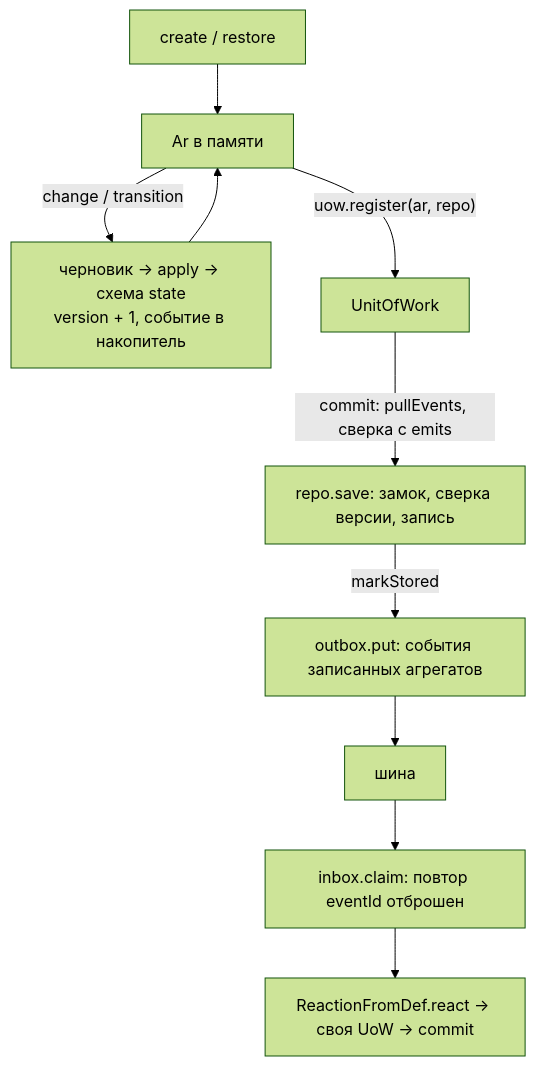
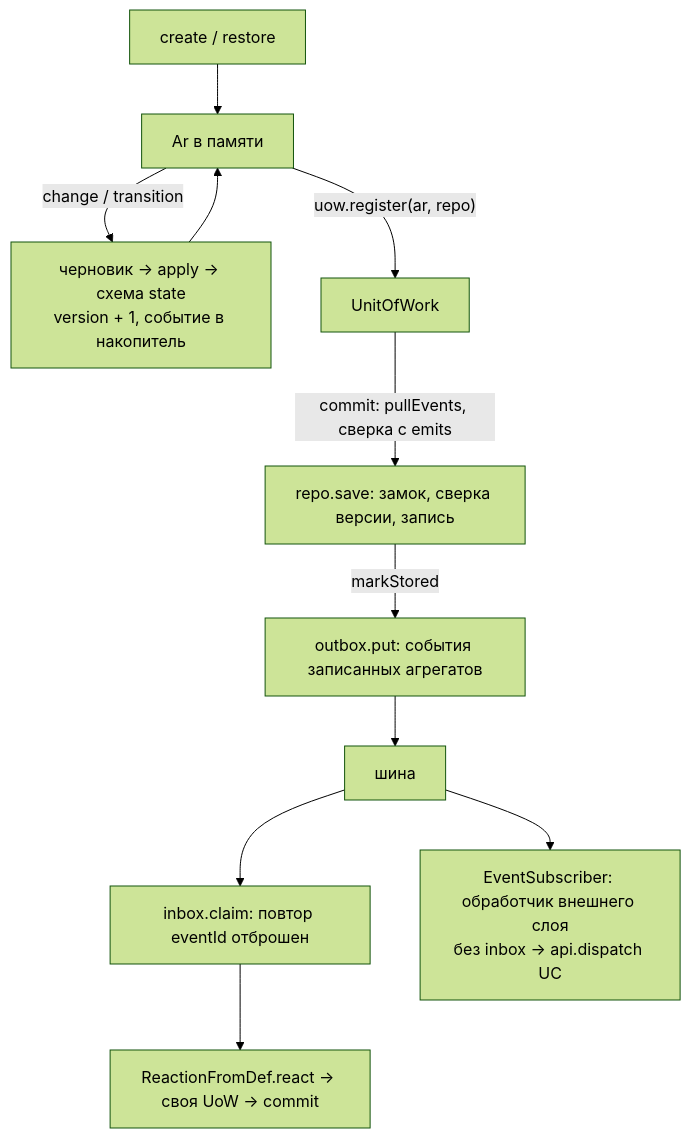
The diagram in docs/concepts/aggregate-lifecycle.md (recode-ak/dmg-core), drawn with Mermaid (forest theme) before and after one commit. The commit also changed other lines of this file and 27 other files, not shown here.

````diff
--- a/docs/concepts/aggregate-lifecycle.md
+++ b/docs/concepts/aggregate-lifecycle.md
@@ -17,12 +17,13 @@
 ```mermaid
 flowchart TD
   C["create / restore"] --> Ar["Ar в памяти"]
   Ar -->|"change / transition"| D["черновик → apply → схема state<br/>version + 1, событие в накопитель"]
   D --> Ar
   Ar -->|"uow.register(ar, repo)"| W["UnitOfWork"]
   W -->|"commit: pullEvents, сверка с emits"| S["repo.save: замок, сверка версии, запись"]
   S -->|"markStored"| O["outbox.put: события записанных агрегатов"]
   O --> B["шина"]
   B --> I["inbox.claim: повтор eventId отброшен"]
   I --> E["ReactionFromDef.react → своя UoW → commit"]
+  B --> X["EventSubscriber: обработчик внешнего слоя<br/>без inbox → api.dispatch UC"]
 ```
````
